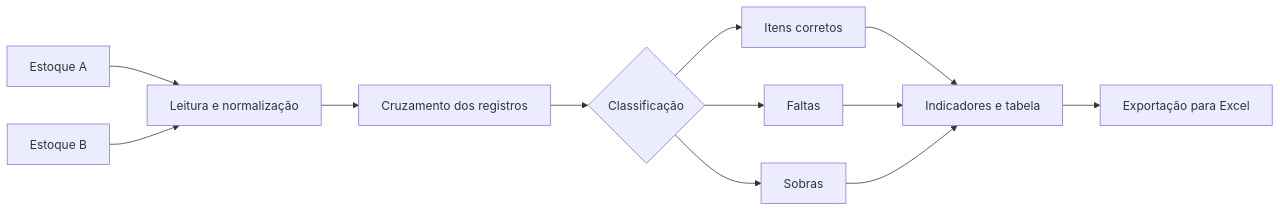
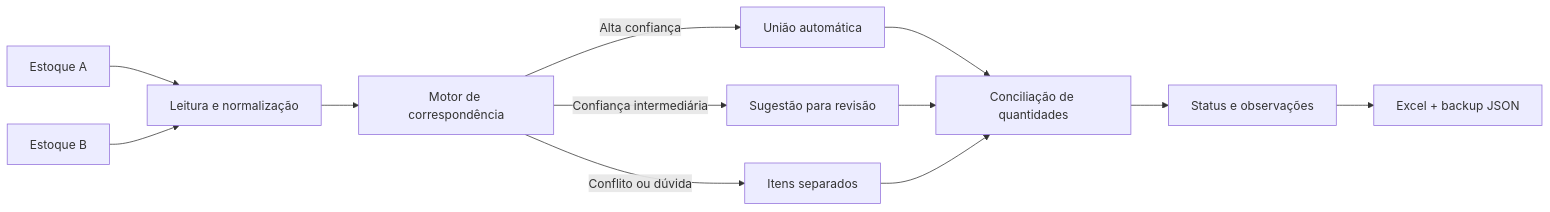
The diagram in README.md (Paulo968/conciliador-estoque), drawn with Mermaid before and after one commit. The commit also changed other lines of this file, not shown here.

Commit message:
docs: atualiza README para v10.2

````diff
--- a/README.md
+++ b/README.md
@@ -22,14 +48,14 @@
 ```mermaid
 flowchart LR
-    A[Estoque A] --> C[Leitura e normalização]
-    B[Estoque B] --> C
-    C --> D[Cruzamento dos registros]
-    D --> E{Classificação}
-    E --> F[Itens corretos]
-    E --> G[Faltas]
-    E --> H[Sobras]
-    F --> I[Indicadores e tabela]
-    G --> I
-    H --> I
-    I --> J[Exportação para Excel]
+    A[Estoque A] --> N[Leitura e normalização]
+    B[Estoque B] --> N
+    N --> M[Motor de correspondência]
+    M -->|Alta confiança| U[União automática]
+    M -->|Confiança intermediária| S[Sugestão para revisão]
+    M -->|Conflito ou dúvida| P[Itens separados]
+    U --> C[Conciliação de quantidades]
+    S --> C
+    P --> C
+    C --> T[Status e observações]
+    T --> E[Excel + backup JSON]
 ```
````
